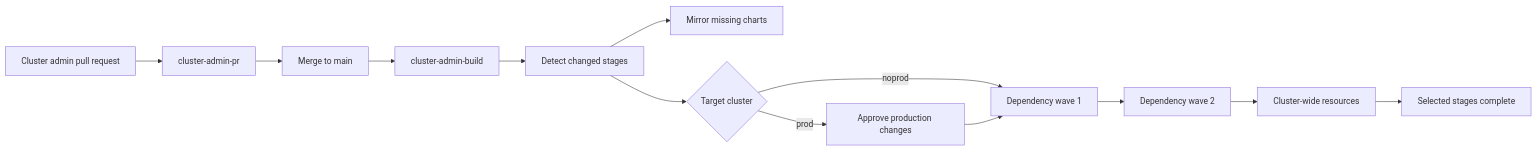
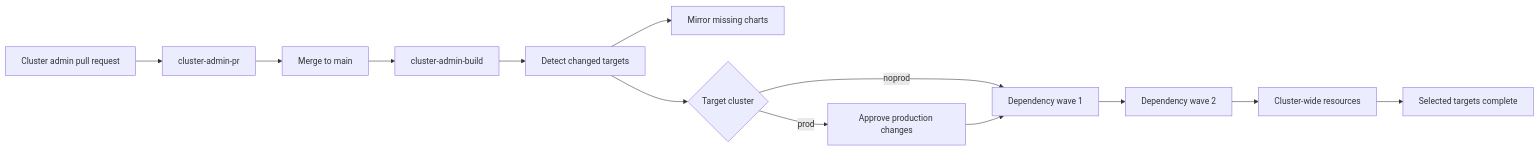
Before and after one commit to oracle-devrel/technology-engineering: the diagram in oci-and-db/cloud-native/devops-and-containers/devops/oci-devops-rm/files/docs/cluster-administration.md, drawn with Mermaid. The commit also changed other lines of this file and 8 other files, not shown here.

````diff
--- a/oci-and-db/cloud-native/devops-and-containers/devops/oci-devops-rm/files/docs/cluster-administration.md
+++ b/oci-and-db/cloud-native/devops-and-containers/devops/oci-devops-rm/files/docs/cluster-administration.md
@@ -7,15 +7,15 @@
 ```mermaid
 flowchart LR
   PR["Cluster admin pull request"] --> Validate["cluster-admin-pr"]
   Validate --> Merge["Merge to main"]
   Merge --> Build["cluster-admin-build"]
-  Build --> Detect["Detect changed stages"]
+  Build --> Detect["Detect changed targets"]
   Detect --> Mirror["Mirror missing charts"]
   Detect --> Target{"Target cluster"}
   Target -->|noprod| Wave1["Dependency wave 1"]
   Target -->|prod| Approval["Approve production changes"]
   Approval --> Wave1
   Wave1 --> Wave2["Dependency wave 2"]
   Wave2 --> Baseline["Cluster-wide resources"]
-  Baseline --> Done["Selected stages complete"]
+  Baseline --> Done["Selected targets complete"]
 ```
````
